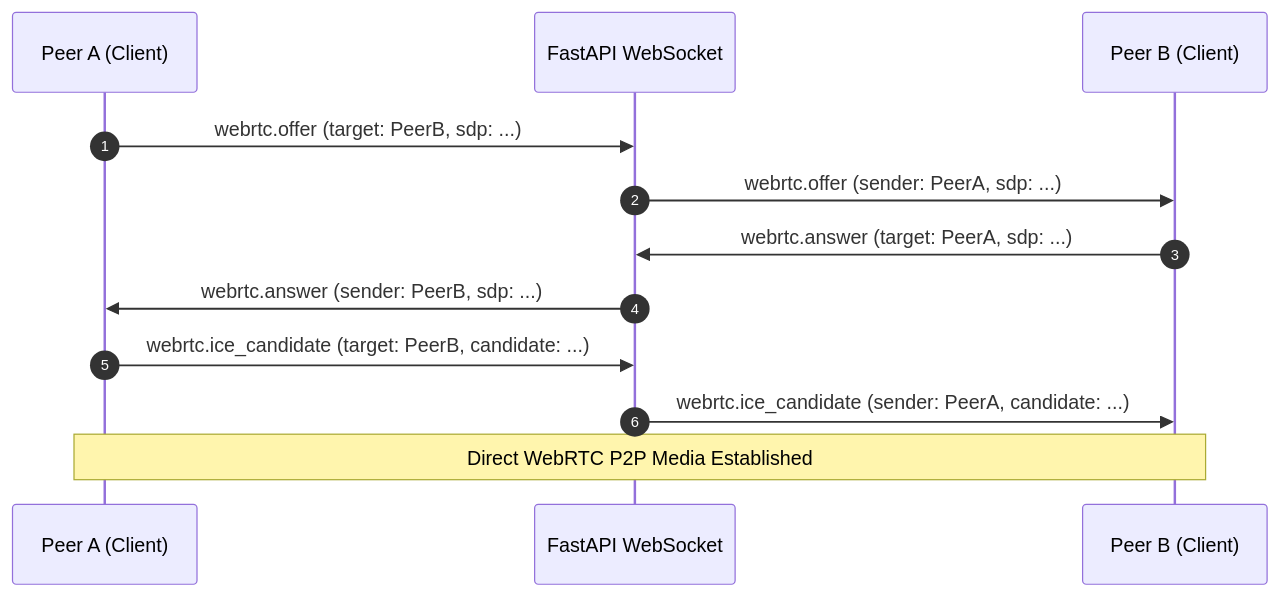
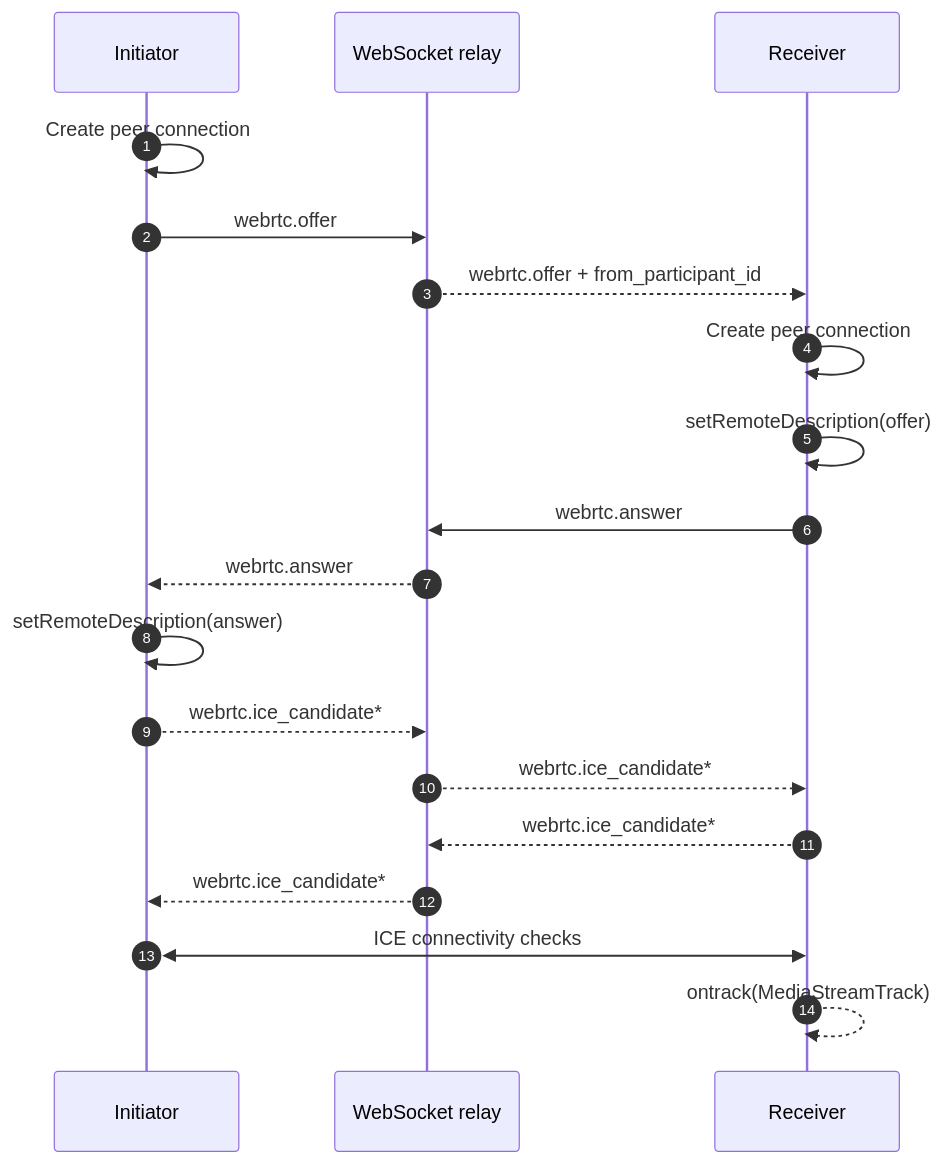
Before and after one commit to aditya-raj9125/Zoom-Clone: the second of 2 diagrams in docs/api/websocket-protocol.md, drawn with Mermaid. The commit also changed other lines of this file and 14 other files, not shown here.

````diff
--- a/docs/api/websocket-protocol.md
+++ b/docs/api/websocket-protocol.md
@@ -23,18 +82,22 @@
 ```mermaid
 sequenceDiagram
     autonumber
-    participant PeerA as Peer A (Client)
-    participant WS as FastAPI WebSocket
-    participant PeerB as Peer B (Client)
+    participant Initiator
+    participant Relay as WebSocket relay
+    participant Receiver
 
-    PeerA->>WS: webrtc.offer (target: PeerB, sdp: ...)
-    WS->>PeerB: webrtc.offer (sender: PeerA, sdp: ...)
-
-    PeerB->>WS: webrtc.answer (target: PeerA, sdp: ...)
-    WS->>PeerA: webrtc.answer (sender: PeerB, sdp: ...)
-
-    PeerA->>WS: webrtc.ice_candidate (target: PeerB, candidate: ...)
-    WS->>PeerB: webrtc.ice_candidate (sender: PeerA, candidate: ...)
-
-    Note over PeerA,PeerB: Direct WebRTC P2P Media Established
+    Initiator->>Initiator: Create peer connection
+    Initiator->>Relay: webrtc.offer
+    Relay-->>Receiver: webrtc.offer + from_participant_id
+    Receiver->>Receiver: Create peer connection
+    Receiver->>Receiver: setRemoteDescription(offer)
+    Receiver->>Relay: webrtc.answer
+    Relay-->>Initiator: webrtc.answer
+    Initiator->>Initiator: setRemoteDescription(answer)
+    Initiator-->>Relay: webrtc.ice_candidate*
+    Relay-->>Receiver: webrtc.ice_candidate*
+    Receiver-->>Relay: webrtc.ice_candidate*
+    Relay-->>Initiator: webrtc.ice_candidate*
+    Initiator<<->>Receiver: ICE connectivity checks
+    Receiver-->>Receiver: ontrack(MediaStreamTrack)
 ```
````
